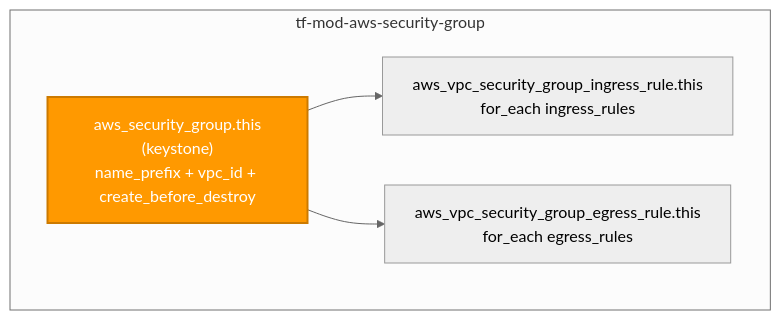
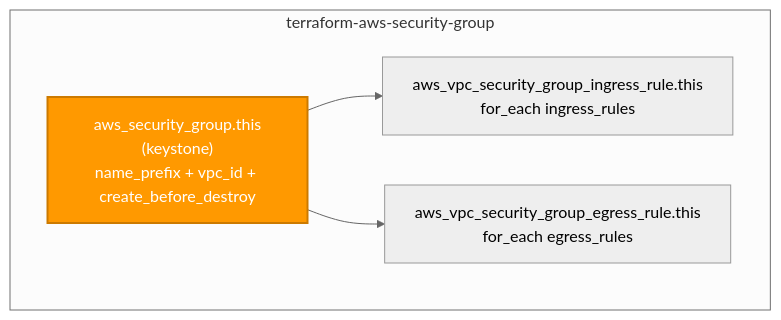
Before and after one commit to microsoftexpert/terraform-aws-security-group: the second of 2 diagrams in README.md, drawn with Mermaid (neutral theme). The commit also changed other lines of this file and 2 other files, not shown here.

````diff
--- a/README.md
+++ b/README.md
@@ -68,13 +68,13 @@
 ```mermaid
 flowchart TD
- subgraph mod["tf-mod-aws-security-group"]
+ subgraph mod["terraform-aws-security-group"]
  sg["aws_security_group.this<br/>(keystone)<br/>name_prefix + vpc_id + create_before_destroy"]
  ing["aws_vpc_security_group_ingress_rule.this<br/>for_each ingress_rules"]
  egr["aws_vpc_security_group_egress_rule.this<br/>for_each egress_rules"]
  end
 
  sg --> ing
  sg --> egr
 
  style sg fill:#FF9900,color:#fff,stroke:#cc7a00,stroke-width:2px
 ```
````
